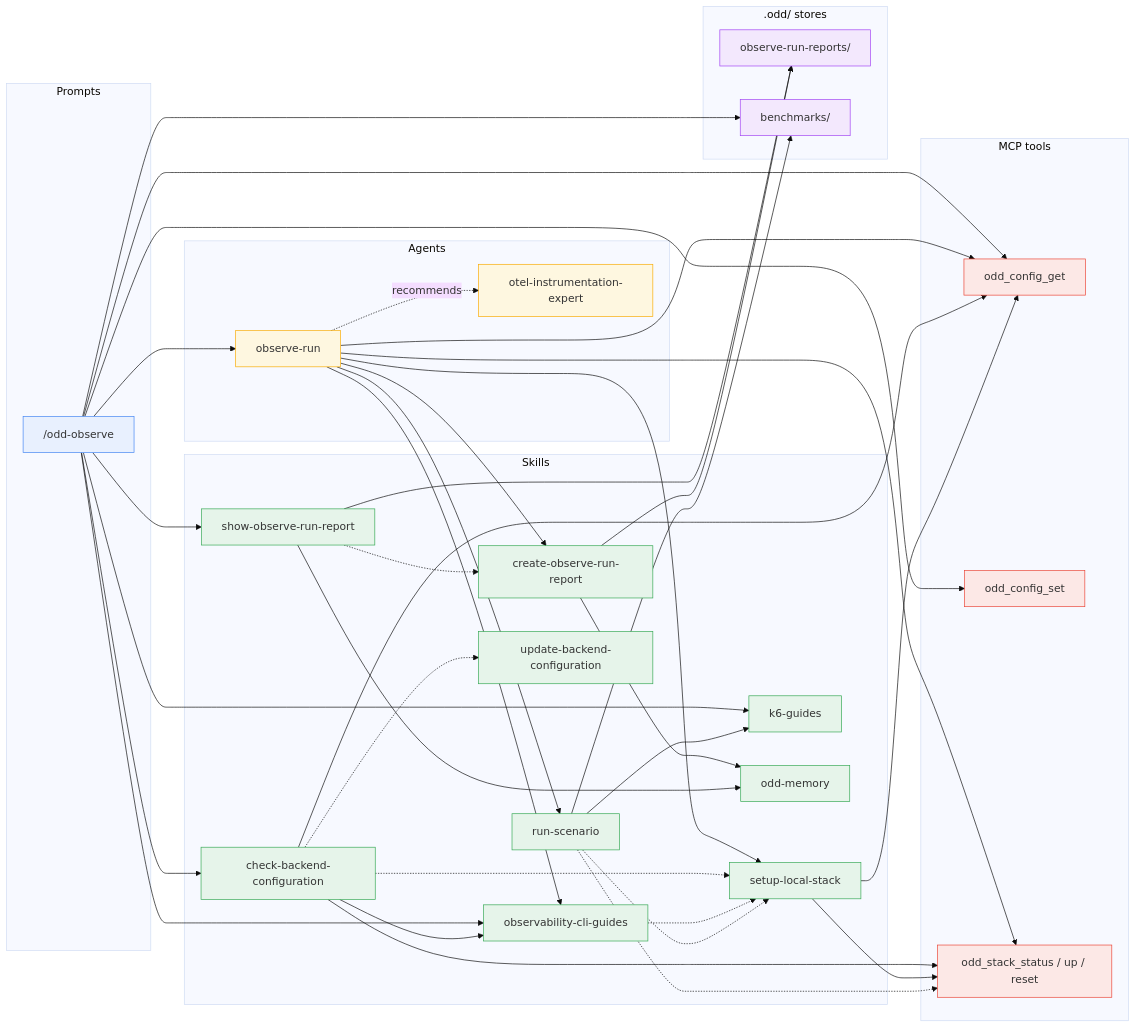
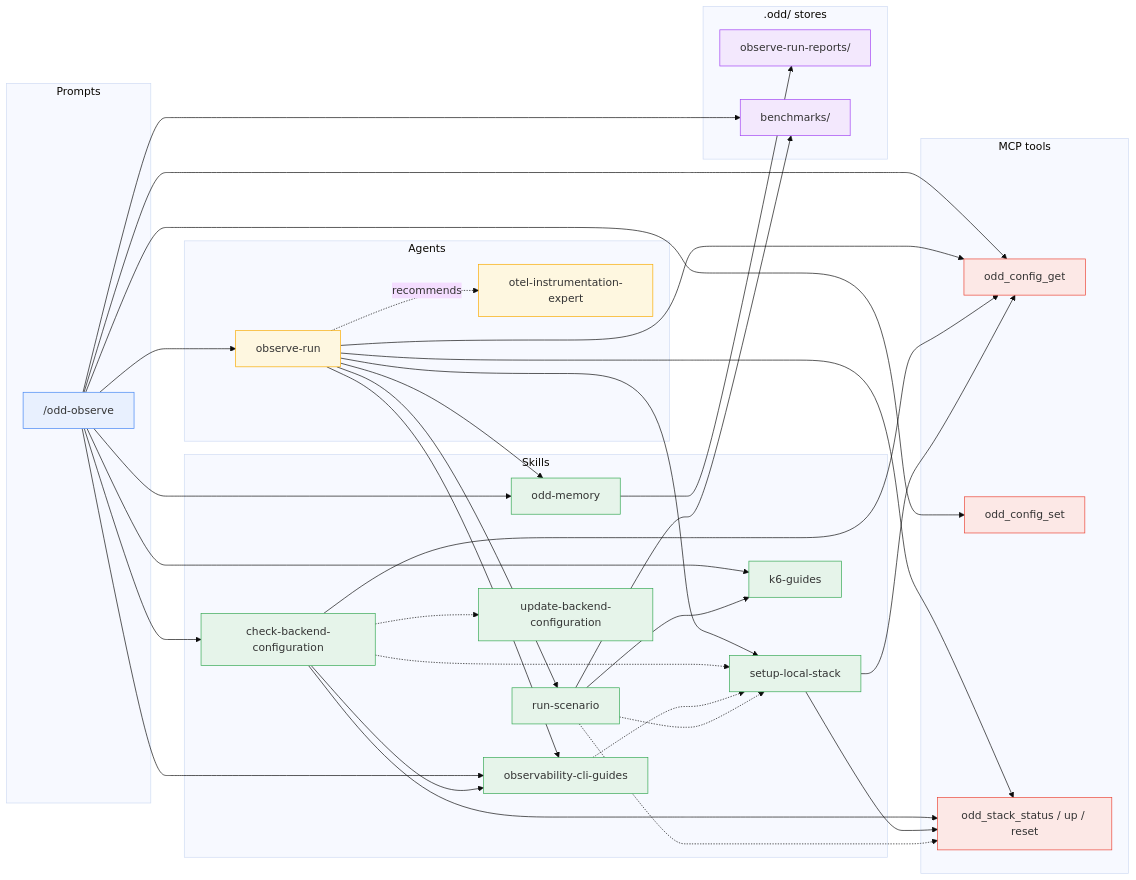
Before and after one commit to using-system/oddyssey: the third of 7 diagrams in docs/guide/dependencies.md, drawn with Mermaid (base theme). The commit also changed other lines of this file and 24 other files, not shown here.

Commit message:
feat(skill): fold the create and show skills into odd-memory references - one memory skill, one reference per kind (#316)

````diff
--- a/docs/guide/dependencies.md
+++ b/docs/guide/dependencies.md
@@ -154,82 +144,76 @@
 ```mermaid
 flowchart LR
   subgraph Prompts
     observe["/odd-observe"]
   end
 
   subgraph Agents
     runner[observe-run]
     expert[otel-instrumentation-expert]
   end
 
   subgraph Skills
     cbc[check-backend-configuration]
     ocg[observability-cli-guides]
     sls[setup-local-stack]
     rs[run-scenario]
     kg[k6-guides]
-    corr[create-observe-run-report]
-    sorr[show-observe-run-report]
     mem[odd-memory]
     ubc[update-backend-configuration]
   end
 
   subgraph MCP["MCP tools"]
     cfgget[odd_config_get]
     cfgset[odd_config_set]
     stack[odd_stack_status / up / reset]
   end
 
   subgraph Stores[".odd/ stores"]
     obsdir[observe-run-reports/]
     benchdir[benchmarks/]
   end
 
   observe --> runner
   observe --> cbc
-  observe --> sorr
+  observe --> mem
   observe --> cfgget
   observe --> cfgset
   observe --> kg
   observe --> ocg
   observe --> benchdir
-  sorr -.-> corr
-  sorr --> obsdir
+  mem --> obsdir
 
   runner --> ocg
   runner --> sls
   runner --> rs
-  runner --> corr
+  runner --> mem
   runner --> cfgget
   runner --> stack
   runner -. recommends .-> expert
 
   cbc -.-> sls
   cbc -.-> ubc
   cbc --> ocg
   cbc --> cfgget
   cbc --> stack
   ocg -.-> sls
   sls --> cfgget
   sls --> stack
   rs -.-> stack
   rs -.-> sls
   rs --> kg
   rs --> benchdir
 
-  corr --> obsdir
 
-  corr --> mem
-  sorr --> mem
 
   classDef prompt fill:#e8f0fe,stroke:#4285f4
   classDef agent fill:#fef7e0,stroke:#f9ab00
   classDef skill fill:#e6f4ea,stroke:#34a853
   classDef mcp fill:#fce8e6,stroke:#ea4335
   classDef store fill:#f3e8fd,stroke:#a142f4
   class observe prompt
   class runner,expert agent
-  class cbc,ocg,sls,rs,kg,corr,sorr,ubc,mem skill
+  class cbc,ocg,sls,rs,kg,mem,ubc skill
   class cfgget,cfgset,stack mcp
   class obsdir,benchdir store
 ```
````
